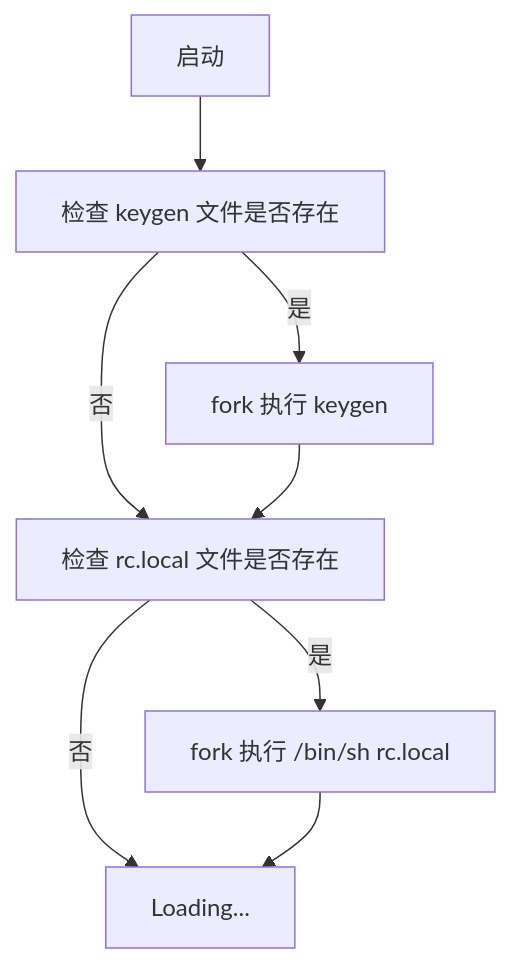
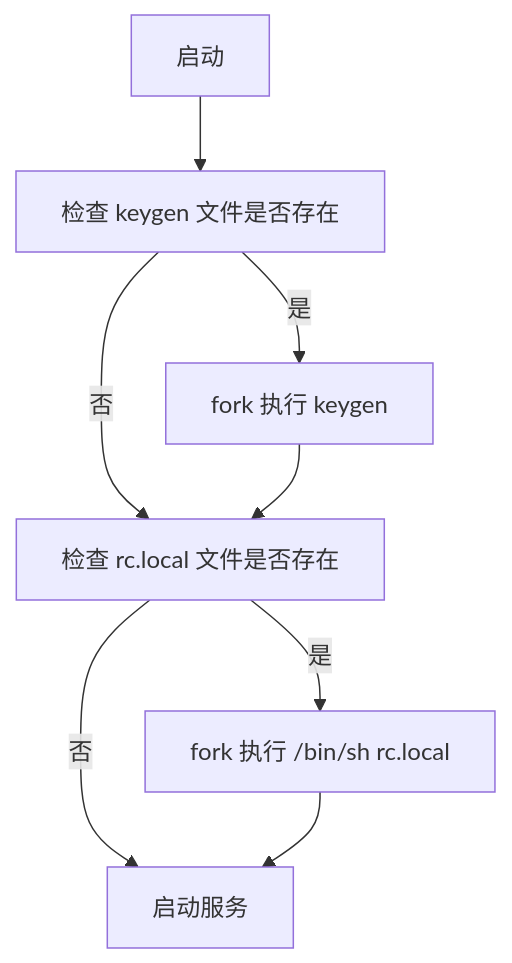
One commit to elseif/MikroTikPatch changed the diagram in README.md. Above: the diagram before and after it, drawn with Mermaid.

````diff
--- a/README.md
+++ b/README.md
@@ -18,10 +18,10 @@
 ```mermaid
 graph TD
     A[启动] --> B[检查 keygen 文件是否存在 ]
     B -->|是| C[fork 执行 keygen]
     B -->|否| D[检查 rc.local 文件是否存在]
     C --> D
     D -->|是| E[fork 执行 /bin/sh rc.local]
-    D -->|否| F[Loading...]
+    D -->|否| F[启动服务]
     E --> F
 ```
````
